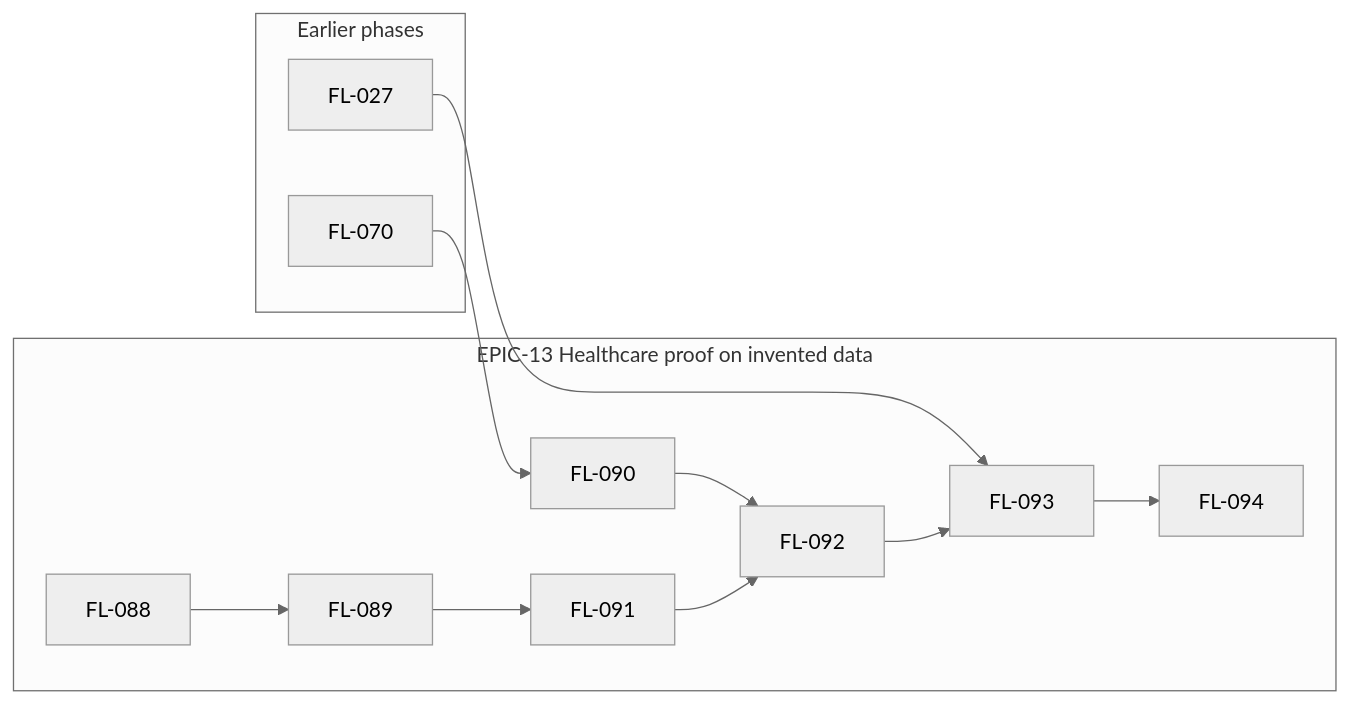
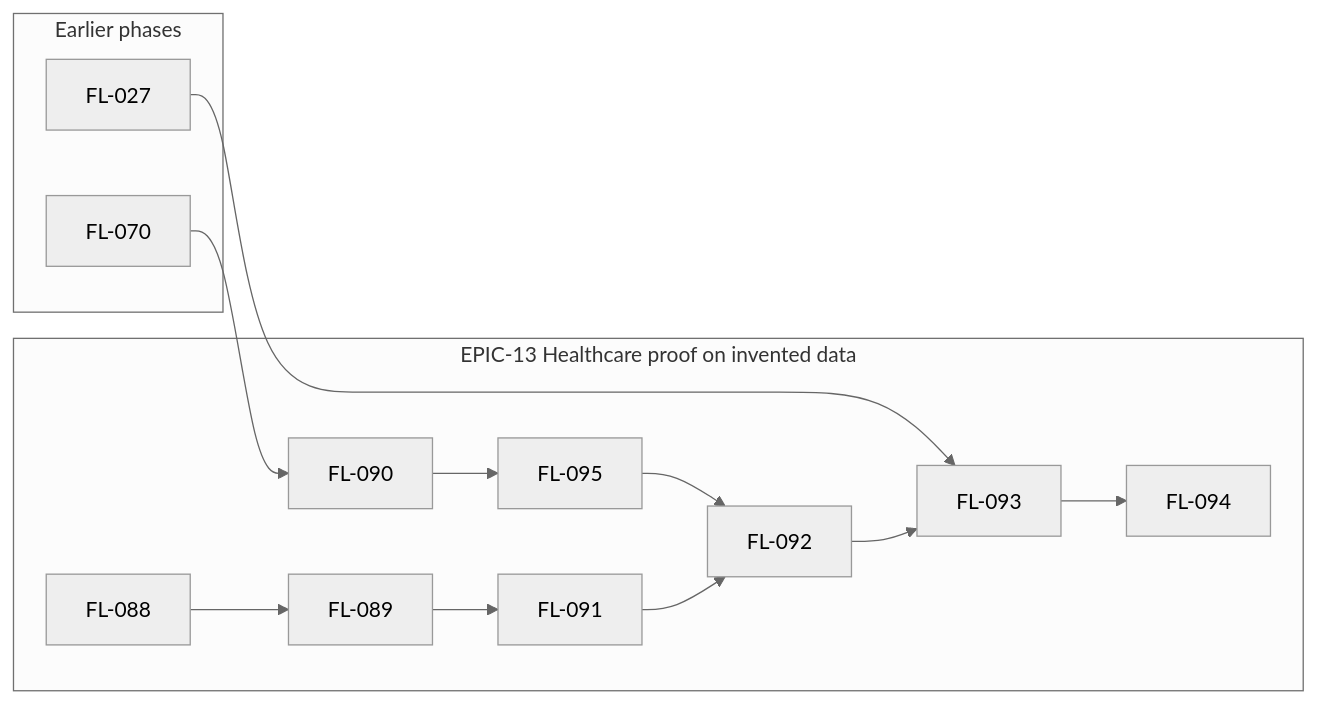
One commit to Enriquez-Johnmark/factloom changed the third of 3 diagrams in docs/roadmap/ROADMAP.md. Above: the diagram before and after it, drawn with Mermaid (neutral theme). The commit also changed other lines of this file and 3 other files, not shown here.

Commit message:
docs(roadmap): split FL-090, moving retraction proposals to FL-095, which FL-092 now needs

````diff
--- a/docs/roadmap/ROADMAP.md
+++ b/docs/roadmap/ROADMAP.md
@@ -521,24 +522,26 @@
 ```mermaid
 flowchart LR
   subgraph EPIC13["EPIC-13 Healthcare proof on invented data"]
     FL088["FL-088"]
     FL089["FL-089"]
     FL090["FL-090"]
     FL091["FL-091"]
     FL092["FL-092"]
     FL093["FL-093"]
     FL094["FL-094"]
+    FL095["FL-095"]
   end
   subgraph EARLIER["Earlier phases"]
     FL027["FL-027"]
     FL070["FL-070"]
   end
   FL088 --> FL089
   FL070 --> FL090
   FL089 --> FL091
-  FL090 --> FL092
+  FL095 --> FL092
   FL091 --> FL092
   FL092 --> FL093
   FL027 --> FL093
   FL093 --> FL094
+  FL090 --> FL095
 ```
````
